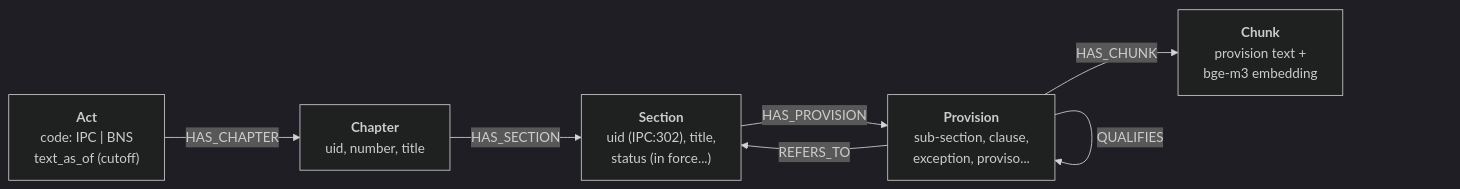
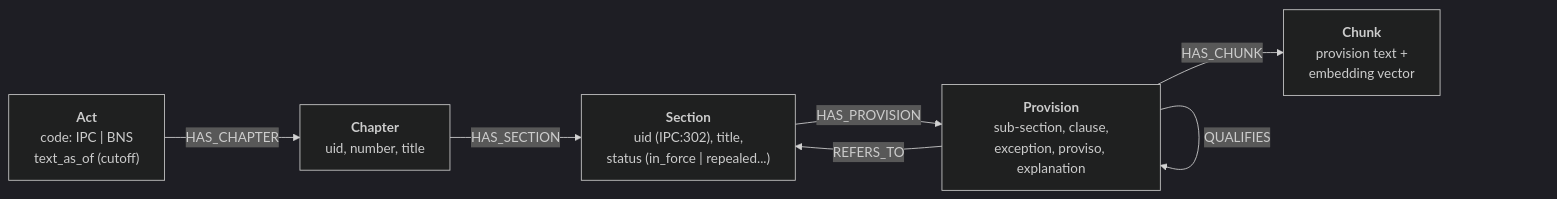
Before and after one commit to Shreya-13092006/legal_assistant_RAG: the second of 4 diagrams in README.md, drawn with Mermaid (dark theme). The commit also changed other lines of this file and 19 other files, not shown here.

Commit message:
ingest full IPC/BNS corpus, wire llama-server + bge-m3, and modernize UI

````diff
--- a/README.md
+++ b/README.md
@@ -119,12 +291,12 @@
 ```mermaid
 flowchart LR
     Act["<b>Act</b><br/>code: IPC | BNS<br/>text_as_of (cutoff)"]
     Chapter["<b>Chapter</b><br/>uid, number, title"]
-    Section["<b>Section</b><br/>uid (IPC:302), title,<br/>status (in force...)"]
-    Provision["<b>Provision</b><br/>sub-section, clause,<br/>exception, proviso..."]
-    Chunk["<b>Chunk</b><br/>provision text +<br/>bge-m3 embedding"]
+    Section["<b>Section</b><br/>uid (IPC:302), title,<br/>status (in_force | repealed...)"]
+    Provision["<b>Provision</b><br/>sub-section, clause,<br/>exception, proviso, explanation"]
+    Chunk["<b>Chunk</b><br/>provision text +<br/>embedding vector"]
 
     Act -- HAS_CHAPTER --> Chapter -- HAS_SECTION --> Section -- HAS_PROVISION --> Provision -- HAS_CHUNK --> Chunk
     Provision -- QUALIFIES --> Provision
     Provision -- REFERS_TO --> Section
 ```
````
